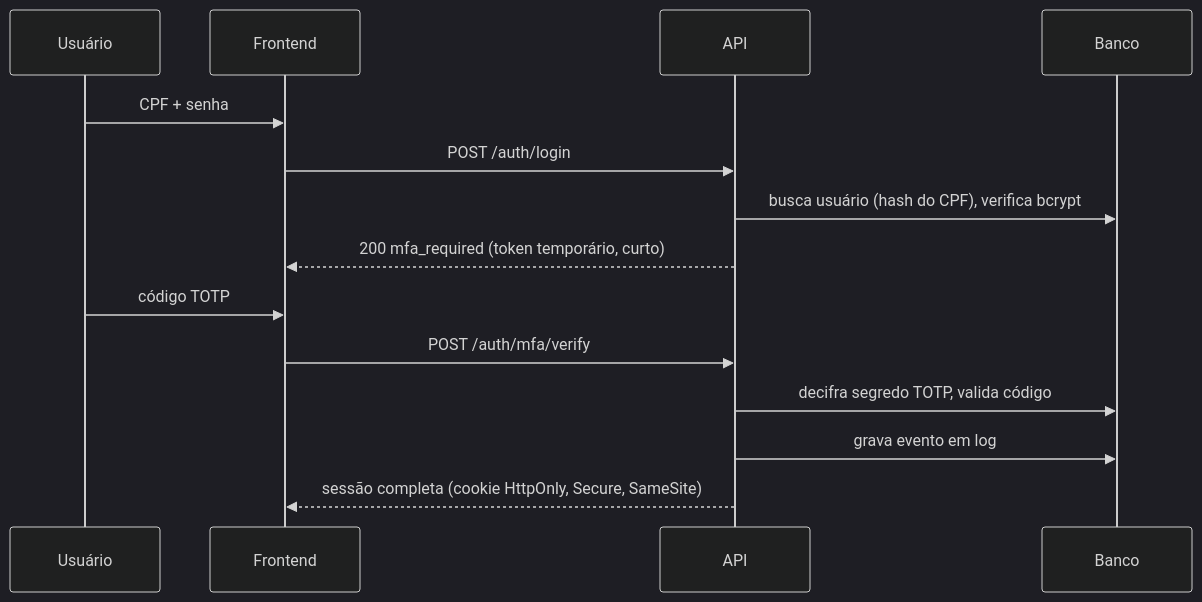
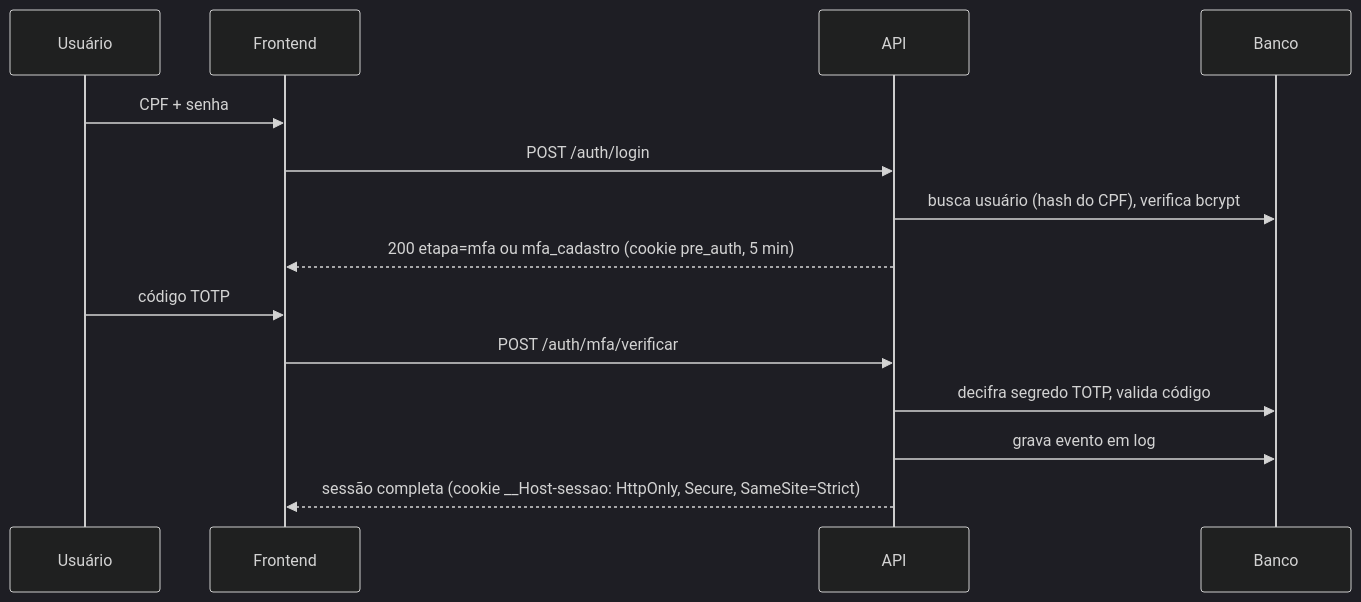
One commit to msrscs/p4_cybersec_saude changed the second of 2 diagrams in docs/ARCHITECTURE.md. Above: the diagram before and after it, drawn with Mermaid (dark theme). The commit also changed other lines of this file and 2 other files, not shown here.

Commit message:
docs: ADRs 0002 (TOTP) e 0009 (sessão) e status da T05

````diff
--- a/docs/ARCHITECTURE.md
+++ b/docs/ARCHITECTURE.md
@@ -52,16 +52,16 @@
 ```mermaid
 sequenceDiagram
     participant U as Usuário
     participant F as Frontend
     participant B as API
     participant D as Banco
     U->>F: CPF + senha
     F->>B: POST /auth/login
     B->>D: busca usuário (hash do CPF), verifica bcrypt
-    B-->>F: 200 mfa_required (token temporário, curto)
+    B-->>F: 200 etapa=mfa ou mfa_cadastro (cookie pre_auth, 5 min)
     U->>F: código TOTP
-    F->>B: POST /auth/mfa/verify
+    F->>B: POST /auth/mfa/verificar
     B->>D: decifra segredo TOTP, valida código
     B->>D: grava evento em log
-    B-->>F: sessão completa (cookie HttpOnly, Secure, SameSite)
+    B-->>F: sessão completa (cookie __Host-sessao: HttpOnly, Secure, SameSite=Strict)
 ```
````
